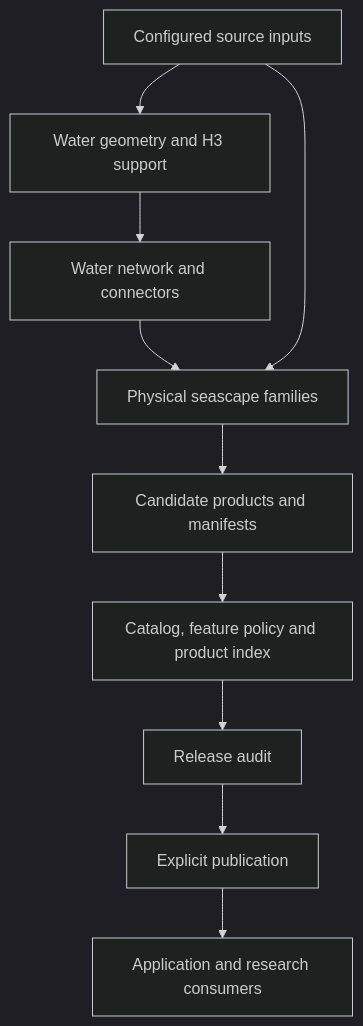
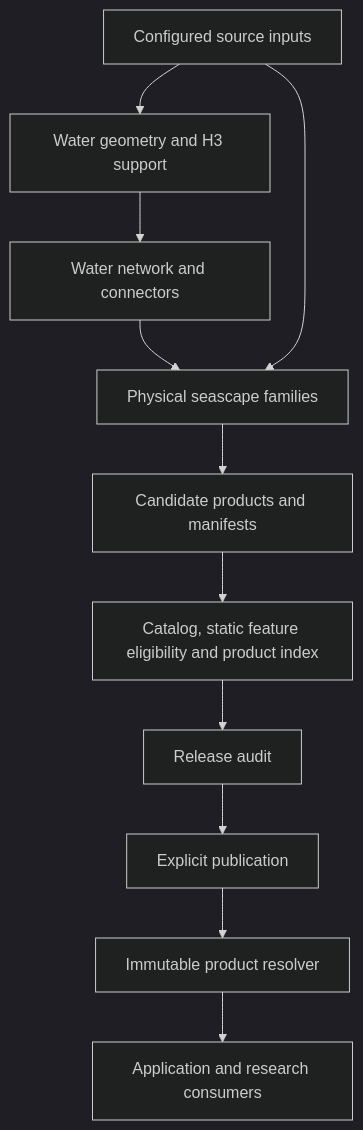
One commit to MarineCast/toolkit-seascape changed the diagram in docs/ARCHITECTURE.md. Above: the diagram before and after it, drawn with Mermaid (dark theme). The commit also changed other lines of this file and 50 other files, not shown here.

````diff
--- a/docs/ARCHITECTURE.md
+++ b/docs/ARCHITECTURE.md
@@ -12,12 +13,13 @@
 ```mermaid
 flowchart TD
     A[Configured source inputs] --> B[Water geometry and H3 support]
     B --> C[Water network and connectors]
     C --> D[Physical seascape families]
     A --> D
     D --> E[Candidate products and manifests]
-    E --> F[Catalog, feature policy and product index]
+    E --> F[Catalog, static feature eligibility and product index]
     F --> G[Release audit]
     G --> H[Explicit publication]
-    H --> I[Application and research consumers]
+    H --> I[Immutable product resolver]
+    I --> J[Application and research consumers]
 ```
````
